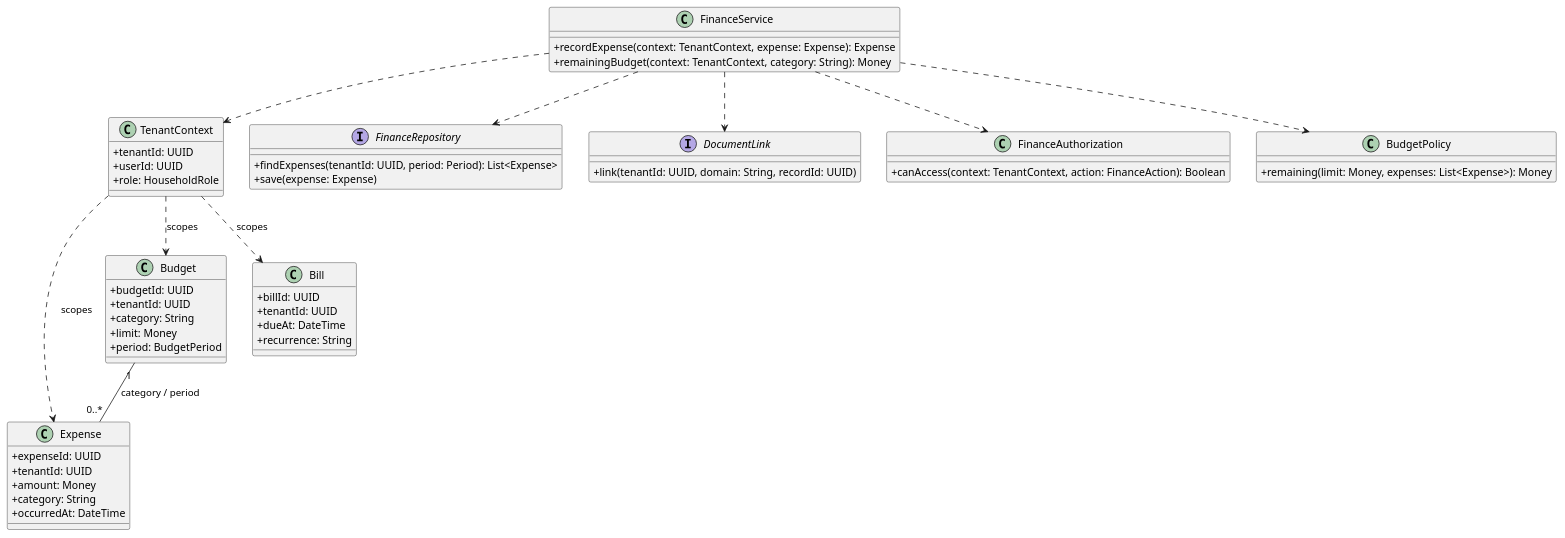
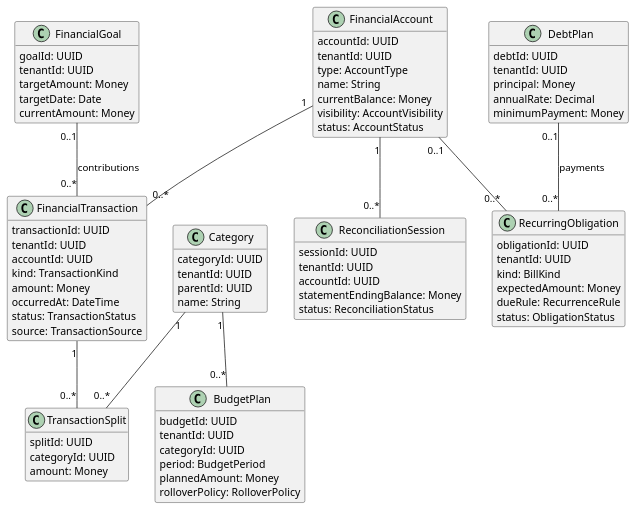
One commit to 21f2000372/ai-home-manager changed the second of 4 diagrams in docs/design/components/04_finance_budget.md. Above: the diagram before and after it, drawn with PlantUML. The commit also changed other lines of this file, not shown here.

Commit message:
docs: expand finance module design

````diff
--- a/docs/design/components/04_finance_budget.md
+++ b/docs/design/components/04_finance_budget.md
@@ -68,58 +125,83 @@
 ```plantuml
 @startuml
+hide methods
 skinparam classAttributeIconSize 0
 
-class Expense {
-  +expenseId: UUID
-  +tenantId: UUID
-  +amount: Money
-  +category: String
-  +occurredAt: DateTime
+class FinancialAccount {
+  accountId: UUID
+  tenantId: UUID
+  type: AccountType
+  name: String
+  currentBalance: Money
+  visibility: AccountVisibility
+  status: AccountStatus
 }
-class Budget {
-  +budgetId: UUID
-  +tenantId: UUID
-  +category: String
-  +limit: Money
-  +period: BudgetPeriod
+class FinancialTransaction {
+  transactionId: UUID
+  tenantId: UUID
+  accountId: UUID
+  kind: TransactionKind
+  amount: Money
+  occurredAt: DateTime
+  status: TransactionStatus
+  source: TransactionSource
 }
-class Bill {
-  +billId: UUID
-  +tenantId: UUID
-  +dueAt: DateTime
-  +recurrence: String
+class TransactionSplit {
+  splitId: UUID
+  categoryId: UUID
+  amount: Money
 }
-class TenantContext {
-  +tenantId: UUID
-  +userId: UUID
-  +role: HouseholdRole
+class Category {
+  categoryId: UUID
+  tenantId: UUID
+  parentId: UUID
+  name: String
 }
-interface FinanceRepository {
-  +findExpenses(tenantId: UUID, period: Period): List<Expense>
-  +save(expense: Expense)
+class BudgetPlan {
+  budgetId: UUID
+  tenantId: UUID
+  categoryId: UUID
+  period: BudgetPeriod
+  plannedAmount: Money
+  rolloverPolicy: RolloverPolicy
 }
-interface DocumentLink {
-  +link(tenantId: UUID, domain: String, recordId: UUID)
+class RecurringObligation {
+  obligationId: UUID
+  tenantId: UUID
+  kind: BillKind
+  expectedAmount: Money
+  dueRule: RecurrenceRule
+  status: ObligationStatus
 }
-class FinanceService {
-  +recordExpense(context: TenantContext, expense: Expense): Expense
-  +remainingBudget(context: TenantContext, category: String): Money
+class FinancialGoal {
+  goalId: UUID
+  tenantId: UUID
+  targetAmount: Money
+  targetDate: Date
+  currentAmount: Money
 }
-class FinanceAuthorization {
-  +canAccess(context: TenantContext, action: FinanceAction): Boolean
+class DebtPlan {
+  debtId: UUID
+  tenantId: UUID
+  principal: Money
+  annualRate: Decimal
+  minimumPayment: Money
 }
-class BudgetPolicy {
-  +remaining(limit: Money, expenses: List<Expense>): Money
+class ReconciliationSession {
+  sessionId: UUID
+  tenantId: UUID
+  accountId: UUID
+  statementEndingBalance: Money
+  status: ReconciliationStatus
 }
 
-Budget "1" -- "0..*" Expense : category / period
-FinanceService ..> FinanceRepository
-FinanceService ..> DocumentLink
-FinanceService ..> FinanceAuthorization
-FinanceService ..> BudgetPolicy
-FinanceService ..> TenantContext
-TenantContext ..> Expense : scopes
-TenantContext ..> Budget : scopes
-TenantContext ..> Bill : scopes
+FinancialAccount "1" -- "0..*" FinancialTransaction
+FinancialTransaction "1" -- "0..*" TransactionSplit
+Category "1" -- "0..*" TransactionSplit
+Category "1" -- "0..*" BudgetPlan
+FinancialAccount "0..1" -- "0..*" RecurringObligation
+FinancialGoal "0..1" -- "0..*" FinancialTransaction : contributions
+DebtPlan "0..1" -- "0..*" RecurringObligation : payments
+FinancialAccount "1" -- "0..*" ReconciliationSession
 @enduml
 ```
````
